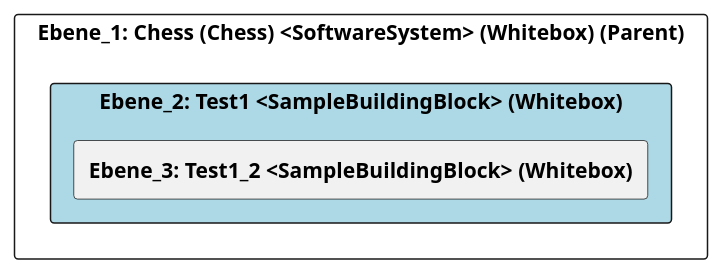
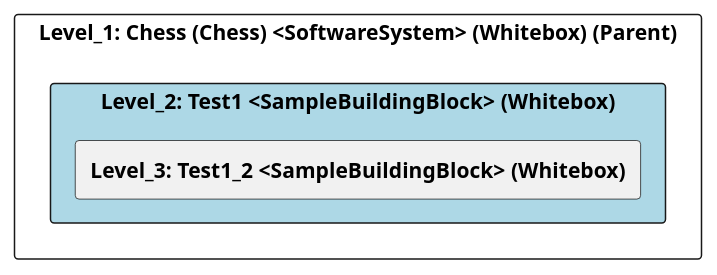
One commit to marcozwyssig/cleon changed the diagram in src/cleon.architecturemethods.arc42.sample/doc/cleon_architecturemethods_arc42_sample_arc42/adoc/de/05_bausteinsicht/chess/test1/ebene_2_test1.adoc. Above: the diagram before and after it, drawn with PlantUML. The commit also changed other lines of this file and 169 other files, not shown here.

```diff
--- a/src/cleon.architecturemethods.arc42.sample/doc/cleon_architecturemethods_arc42_sample_arc42/adoc/de/05_bausteinsicht/chess/test1/ebene_2_test1.adoc
+++ b/src/cleon.architecturemethods.arc42.sample/doc/cleon_architecturemethods_arc42_sample_arc42/adoc/de/05_bausteinsicht/chess/test1/ebene_2_test1.adoc
@@ -27,24 +27,24 @@
-[plantuml, Ebene_2: Test1 <SampleBuildingBlock> (Whitebox)BlockOverview, format="svg"]
+[plantuml, Level_2: Test1 <SampleBuildingBlock> (Whitebox)BlockOverview, format="svg"]
 ----
-@startuml Ebene_2: Test1 <SampleBuildingBlock> (Whitebox)BuildingBlockOverview
+@startuml Level_2: Test1 <SampleBuildingBlock> (Whitebox)BuildingBlockOverview
 
 skinparam ranksep 10
 skinparam componentStyle rectangle
 skinparam shadowing false
 skinparam arrowColor lightblue
 skinparam arrowThickness 1.2
 skinparam rectangle {
   BackgroundColor White
   BorderColor #333
   RoundCorner 10
 }
 top to bottom direction
 
-component "Ebene_1: Chess (Chess) <SoftwareSystem> (Whitebox) (Parent)" {
-    component "Ebene_2: Test1 <SampleBuildingBlock> (Whitebox)" #lightblue {
-        [**Ebene_3: Test1_2 <SampleBuildingBlock> (Whitebox)**] as 489CD282_D579_11EE_903E_9F564E4DE07E
+component "Level_1: Chess (Chess) <SoftwareSystem> (Whitebox) (Parent)" {
+    component "Level_2: Test1 <SampleBuildingBlock> (Whitebox)" #lightblue {
+        [**Level_3: Test1_2 <SampleBuildingBlock> (Whitebox)**] as 489CD282_D579_11EE_903E_9F564E4DE07E
     }
 }
 
 @enduml
 ----
```
